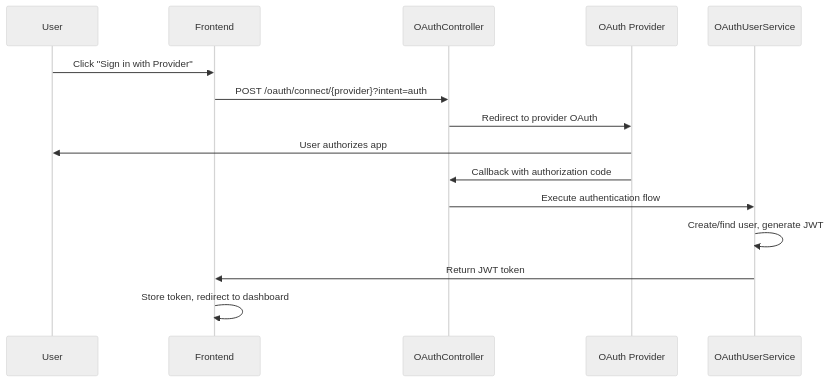
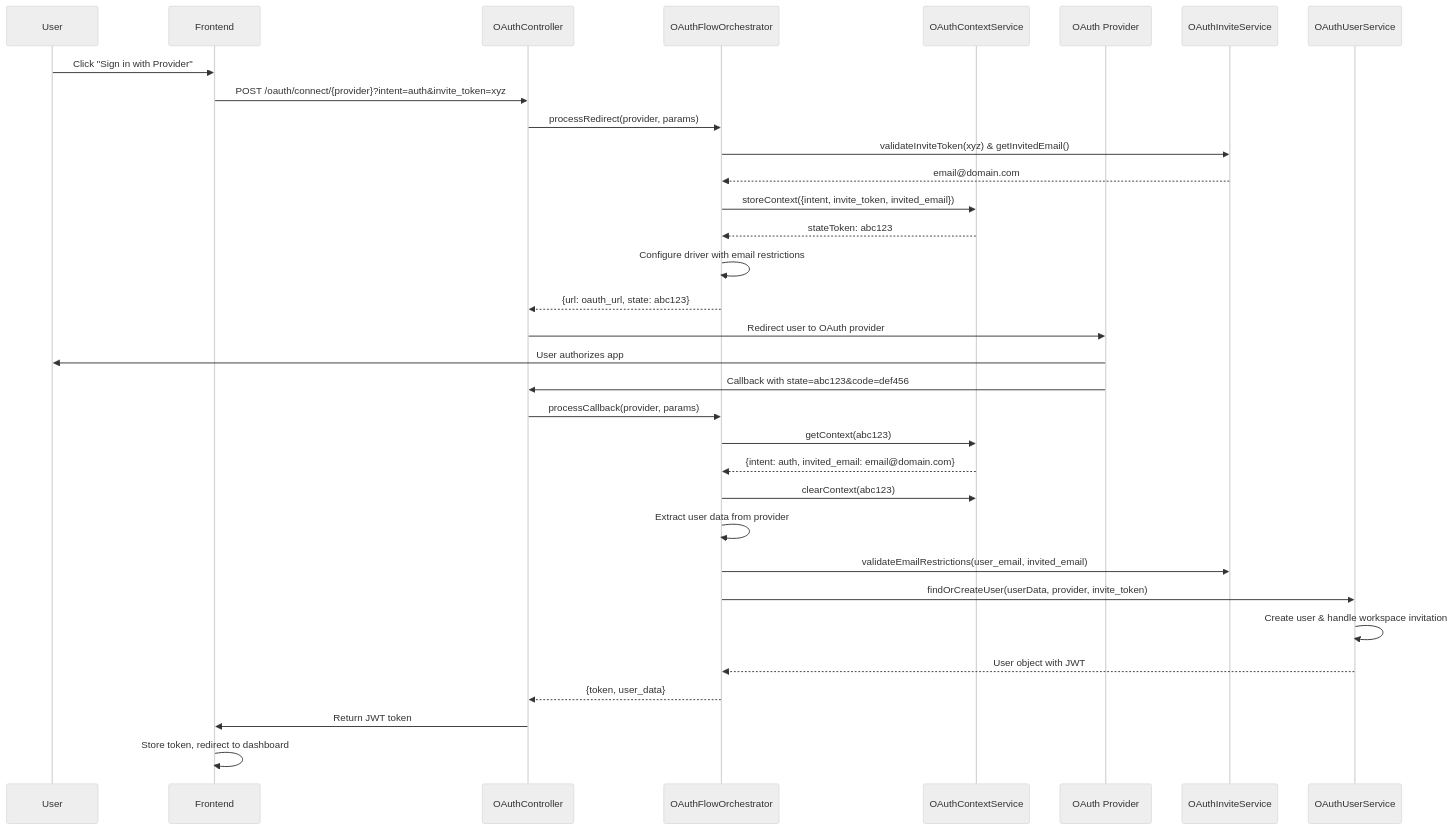
The third of 5 diagrams in docs/contributing/new-integration.mdx (JhumanJ/OpnForm), drawn with Mermaid (neutral theme) before and after one commit. The commit also changed other lines of this file and 13 other files, not shown here.

First line of the commit message:
Refactor OAuth integration for enhanced error handling and context management

````diff
--- a/docs/contributing/new-integration.mdx
+++ b/docs/contributing/new-integration.mdx
@@ -283,18 +476,36 @@
 ```mermaid
 sequenceDiagram
     participant U as User
     participant F as Frontend
     participant API as OAuthController
+    participant Orch as OAuthFlowOrchestrator
+    participant Ctx as OAuthContextService
     participant P as OAuth Provider
+    participant Inv as OAuthInviteService
     participant US as OAuthUserService
 
     U->>F: Click "Sign in with Provider"
-    F->>API: POST /oauth/connect/{provider}?intent=auth
-    API->>P: Redirect to provider OAuth
+    F->>API: POST /oauth/connect/{provider}?intent=auth&invite_token=xyz
+    API->>Orch: processRedirect(provider, params)
+    Orch->>Inv: validateInviteToken(xyz) & getInvitedEmail()
+    Inv-->>Orch: email@domain.com
+    Orch->>Ctx: storeContext({intent, invite_token, invited_email})
+    Ctx-->>Orch: stateToken: abc123
+    Orch->>Orch: Configure driver with email restrictions
+    Orch-->>API: {url: oauth_url, state: abc123}
+    API->>P: Redirect user to OAuth provider
     P->>U: User authorizes app
-    P->>API: Callback with authorization code
-    API->>US: Execute authentication flow
-    US->>US: Create/find user, generate JWT
-    US->>F: Return JWT token
+    P->>API: Callback with state=abc123&code=def456
+    API->>Orch: processCallback(provider, params)
+    Orch->>Ctx: getContext(abc123)
+    Ctx-->>Orch: {intent: auth, invited_email: email@domain.com}
+    Orch->>Ctx: clearContext(abc123)
+    Orch->>Orch: Extract user data from provider
+    Orch->>Inv: validateEmailRestrictions(user_email, invited_email)
+    Orch->>US: findOrCreateUser(userData, provider, invite_token)
+    US->>US: Create user & handle workspace invitation
+    US-->>Orch: User object with JWT
+    Orch-->>API: {token, user_data}
+    API->>F: Return JWT token
     F->>F: Store token, redirect to dashboard
 ```
````
